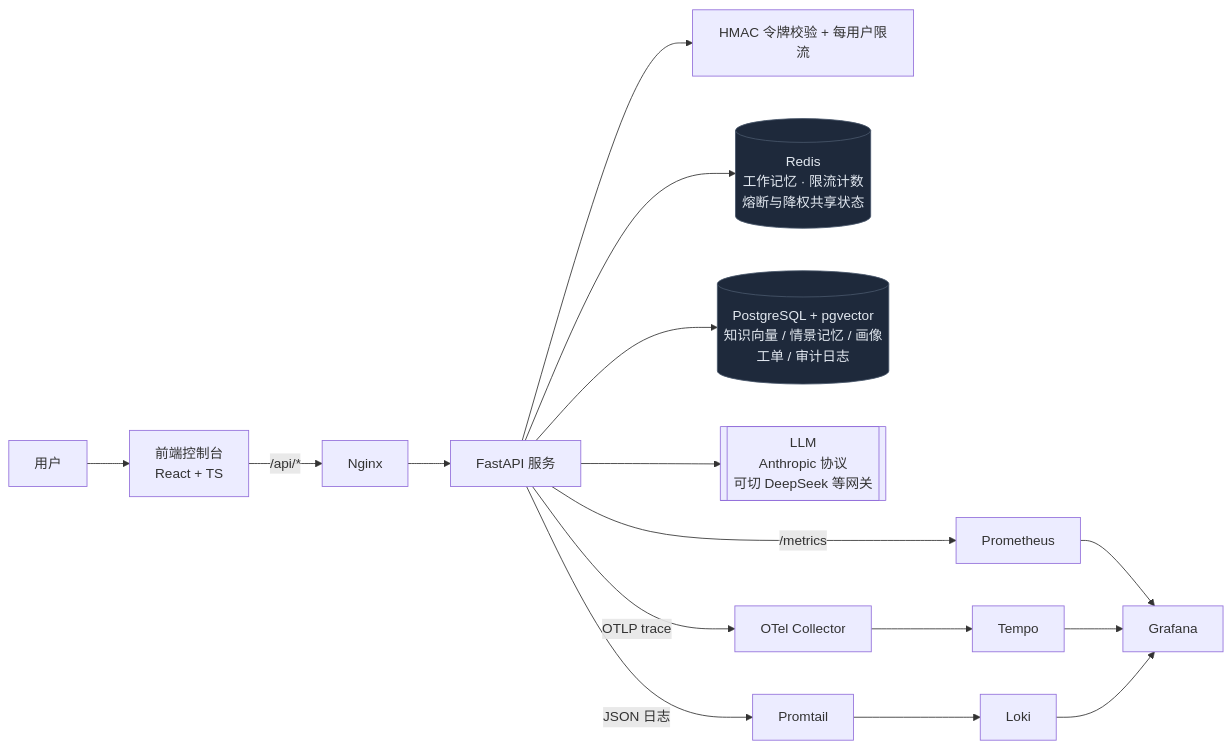
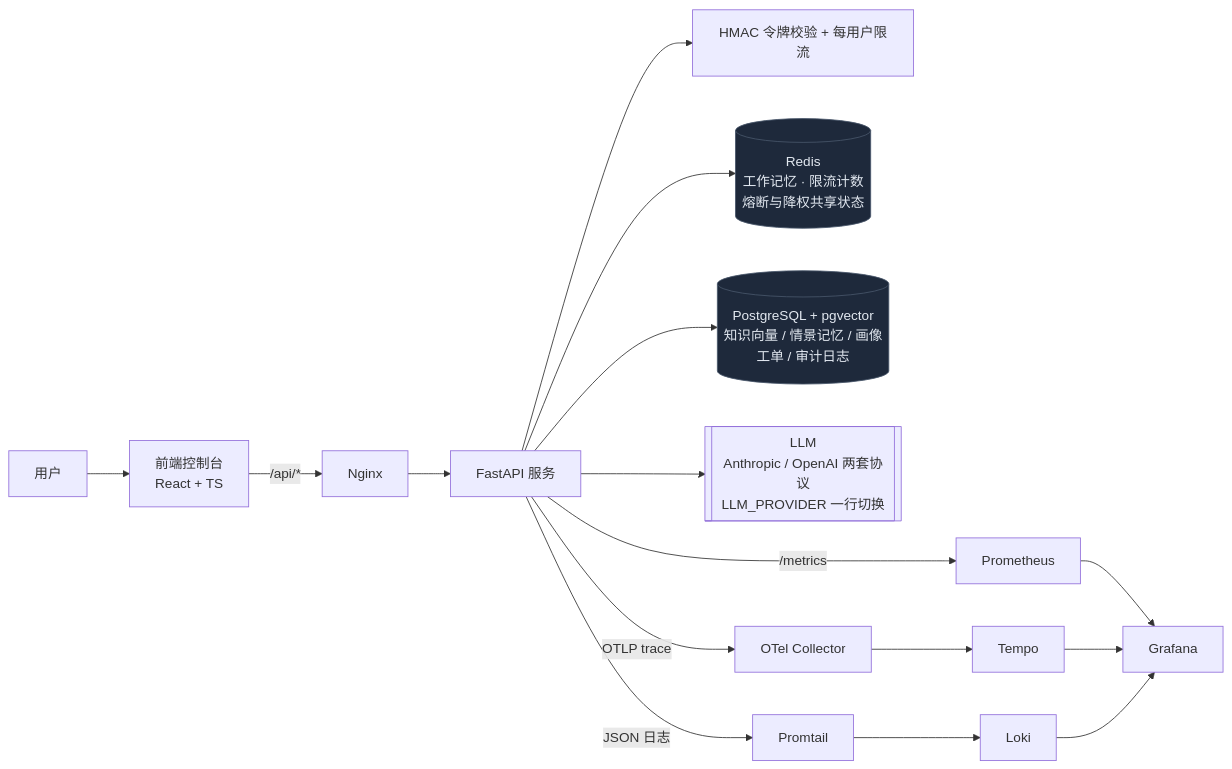
One commit to heyemlee/ai-helpdesk changed the first of 6 diagrams in backend/wiki/架构图.md. Above: the diagram before and after it, drawn with Mermaid. The commit also changed 15 other files, not shown here.

First line of the commit message:
feat(llm): pluggable provider layer for Anthropic and OpenAI-compatible gateways

````diff
--- a/backend/wiki/架构图.md
+++ b/backend/wiki/架构图.md
@@ -8,19 +8,19 @@
 ```mermaid
 flowchart LR
     U[用户] --> FE[前端控制台<br/>React + TS]
     FE -->|/api/*| NG[Nginx]
     NG --> APP[FastAPI 服务]
     APP --> AUTH[HMAC 令牌校验 + 每用户限流]
 
     APP --> R[(Redis<br/>工作记忆 · 限流计数<br/>熔断与降权共享状态)]
     APP --> PG[(PostgreSQL + pgvector<br/>知识向量 / 情景记忆 / 画像<br/>工单 / 审计日志)]
-    APP --> LLM[[LLM<br/>Anthropic 协议<br/>可切 DeepSeek 等网关]]
+    APP --> LLM[[LLM<br/>Anthropic / OpenAI 两套协议<br/>LLM_PROVIDER 一行切换]]
 
     APP -->|/metrics| P[Prometheus]
     APP -->|OTLP trace| OC[OTel Collector] --> TP[Tempo]
     APP -->|JSON 日志| PT[Promtail] --> LK[Loki]
     P & TP & LK --> GF[Grafana]
 
     classDef store fill:#1e293b,stroke:#475569,color:#e2e8f0
     class R,PG store
 ```
````
